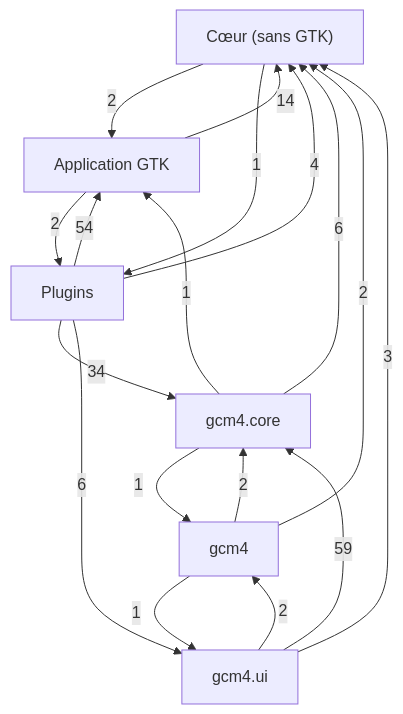
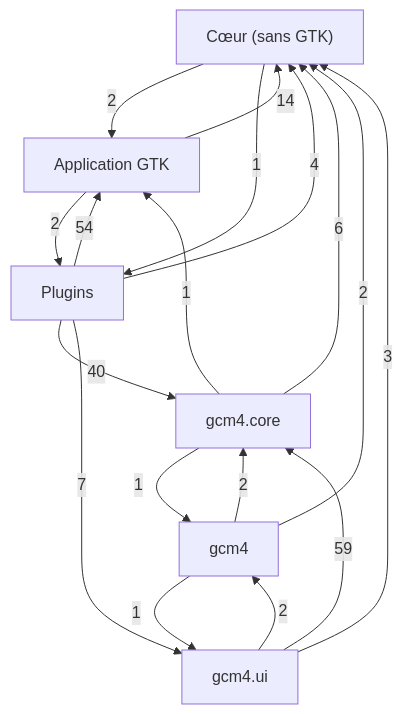
The first of 7 diagrams in docs/class-diagram.md (Mathilde-Team/Gcm4), drawn with Mermaid before and after one commit. The commit also changed other lines of this file, not shown here.

Commit message:
docs: diagramme de classes régénéré

````diff
--- a/docs/class-diagram.md
+++ b/docs/class-diagram.md
@@ -21,26 +21,26 @@
 ```mermaid
 flowchart TD
     g0["Cœur (sans GTK)"]
     g1["Application GTK"]
     g2["Plugins"]
     g3["gcm4"]
     g4["gcm4.core"]
     g5["gcm4.ui"]
     g1 -->|14| g0
     g1 -->|2| g2
     g0 -->|2| g1
     g0 -->|1| g2
     g2 -->|54| g1
     g2 -->|4| g0
-    g2 -->|34| g4
-    g2 -->|6| g5
+    g2 -->|40| g4
+    g2 -->|7| g5
     g3 -->|2| g0
     g3 -->|2| g4
     g3 -->|1| g5
     g4 -->|1| g1
     g4 -->|6| g0
     g4 -->|1| g3
     g5 -->|3| g0
     g5 -->|2| g3
     g5 -->|59| g4
 ```
````
